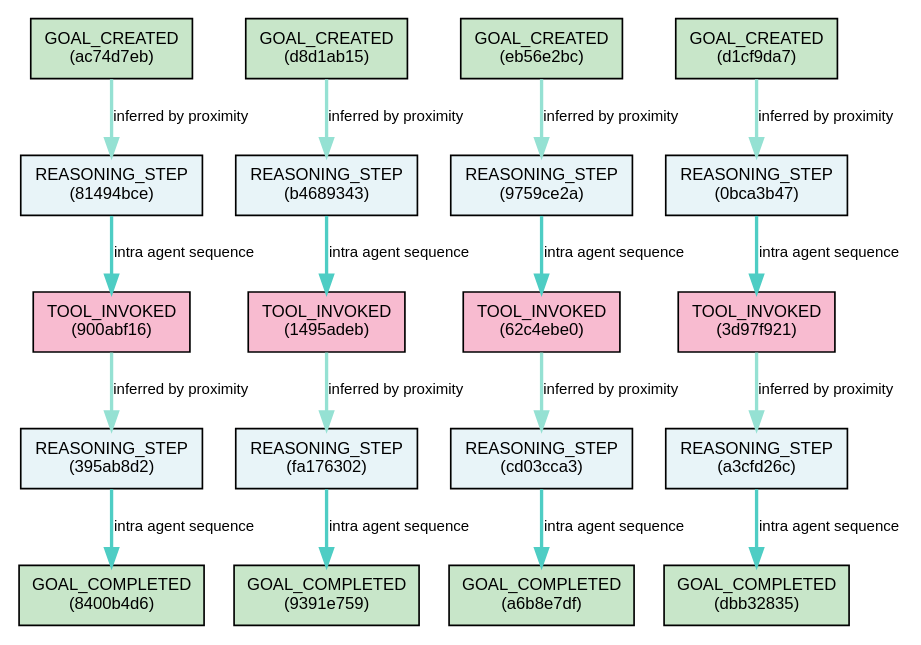
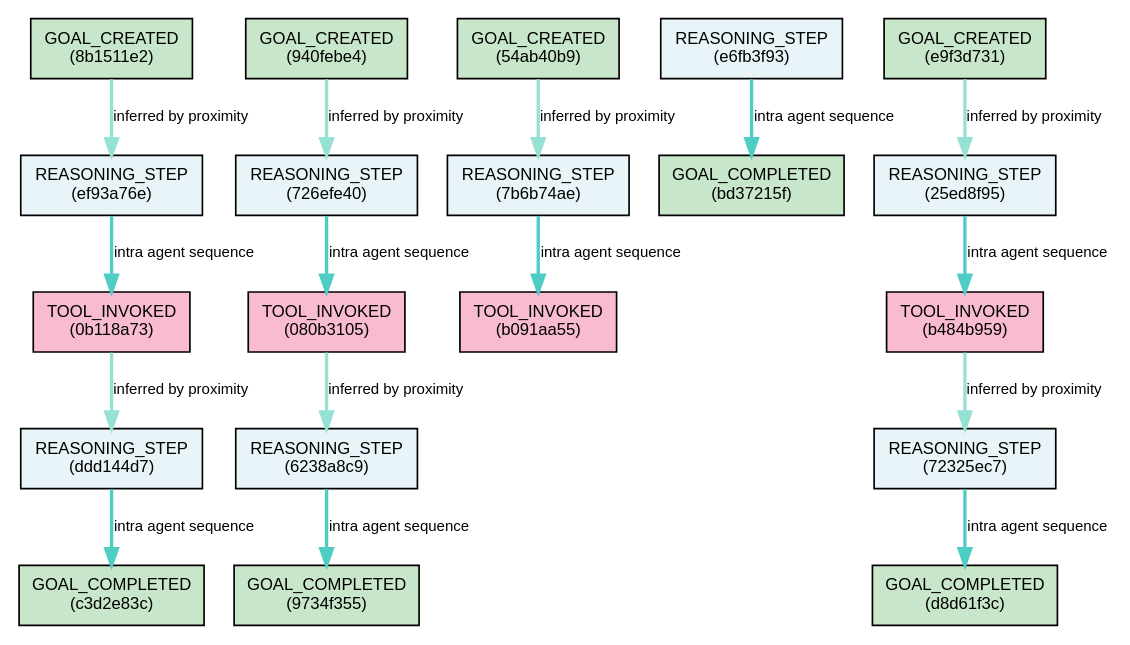
Before and after one commit to miltzhaw/langraph_playground: the diagram in research_paper_analysis.dot, drawn with Graphviz. The commit also changed 10 other files, not shown here.

```diff
--- a/research_paper_analysis.dot
+++ b/research_paper_analysis.dot
@@ -1,45 +1,44 @@
 
 digraph CausalDAG {
     rankdir=TB;
     bgcolor=white;
     node [shape=box, style=filled, fontname="Arial", fontsize=10];
     edge [fontname="Arial", fontsize=9];
     
-        "ac74d7eb-7ba5-4008-8077-1e7b6896df69" [label="GOAL_CREATED\n(ac74d7eb)", fillcolor="#C8E6C9"];
-    "81494bce-fdee-4aa3-841e-6cabde9e9180" [label="REASONING_STEP\n(81494bce)", fillcolor="#E8F4F8"];
-    "900abf16-7f31-4f7e-9a36-97405ecafb2f" [label="TOOL_INVOKED\n(900abf16)", fillcolor="#F8BBD0"];
-    "395ab8d2-baff-4e68-b1ec-54d06039318a" [label="REASONING_STEP\n(395ab8d2)", fillcolor="#E8F4F8"];
-    "8400b4d6-a584-4b2a-8e6e-ad5d42b47e41" [label="GOAL_COMPLETED\n(8400b4d6)", fillcolor="#C8E6C9"];
-    "d8d1ab15-c3ac-4303-bd50-6d0879b43fd1" [label="GOAL_CREATED\n(d8d1ab15)", fillcolor="#C8E6C9"];
-    "b4689343-f388-4394-b433-8cbb9c728236" [label="REASONING_STEP\n(b4689343)", fillcolor="#E8F4F8"];
-    "1495adeb-6841-42d3-81ee-56146bea5d27" [label="TOOL_INVOKED\n(1495adeb)", fillcolor="#F8BBD0"];
-    "fa176302-83cd-43d8-9b82-8e0c59c8c5c5" [label="REASONING_STEP\n(fa176302)", fillcolor="#E8F4F8"];
-    "9391e759-0c22-4bf3-b394-8a1bc5777a7e" [label="GOAL_COMPLETED\n(9391e759)", fillcolor="#C8E6C9"];
-    "eb56e2bc-adaa-403c-8348-277f9ea475ec" [label="GOAL_CREATED\n(eb56e2bc)", fillcolor="#C8E6C9"];
-    "9759ce2a-9110-417d-a6e7-521a4509faac" [label="REASONING_STEP\n(9759ce2a)", fillcolor="#E8F4F8"];
-    "62c4ebe0-63e8-4918-aaf6-74591355904e" [label="TOOL_INVOKED\n(62c4ebe0)", fillcolor="#F8BBD0"];
-    "cd03cca3-b562-449c-82fd-1bec2d7d41b9" [label="REASONING_STEP\n(cd03cca3)", fillcolor="#E8F4F8"];
-    "a6b8e7df-ab14-4b20-96a0-33a58a71cacd" [label="GOAL_COMPLETED\n(a6b8e7df)", fillcolor="#C8E6C9"];
-    "d1cf9da7-83d8-4846-9e21-4c4604ec5cd5" [label="GOAL_CREATED\n(d1cf9da7)", fillcolor="#C8E6C9"];
-    "0bca3b47-de09-48e3-af61-b161a7ebfd22" [label="REASONING_STEP\n(0bca3b47)", fillcolor="#E8F4F8"];
-    "3d97f921-fd50-4f7c-a865-bccf7f6973cd" [label="TOOL_INVOKED\n(3d97f921)", fillcolor="#F8BBD0"];
-    "a3cfd26c-9d93-43d3-9c48-566d7080c530" [label="REASONING_STEP\n(a3cfd26c)", fillcolor="#E8F4F8"];
-    "dbb32835-6d56-44dc-a451-a626e6ec109f" [label="GOAL_COMPLETED\n(dbb32835)", fillcolor="#C8E6C9"];
+        "8b1511e2-d709-478a-b137-f32306f0f78a" [label="GOAL_CREATED\n(8b1511e2)", fillcolor="#C8E6C9"];
+    "ef93a76e-a5a4-4da8-b226-2117e2b9633b" [label="REASONING_STEP\n(ef93a76e)", fillcolor="#E8F4F8"];
+    "0b118a73-cdd5-42d7-86b5-7cc6a951036b" [label="TOOL_INVOKED\n(0b118a73)", fillcolor="#F8BBD0"];
+    "ddd144d7-af34-4ef7-b458-e7fb1024b282" [label="REASONING_STEP\n(ddd144d7)", fillcolor="#E8F4F8"];
+    "c3d2e83c-2612-4963-bd6b-677b8eb98671" [label="GOAL_COMPLETED\n(c3d2e83c)", fillcolor="#C8E6C9"];
+    "940febe4-fd80-47b7-ae9d-14137e52acc4" [label="GOAL_CREATED\n(940febe4)", fillcolor="#C8E6C9"];
+    "726efe40-9a20-4125-aae2-88480f9d6511" [label="REASONING_STEP\n(726efe40)", fillcolor="#E8F4F8"];
+    "080b3105-5fe1-4319-b23d-7ce0669feec8" [label="TOOL_INVOKED\n(080b3105)", fillcolor="#F8BBD0"];
+    "6238a8c9-5829-42db-8e59-247e6239277a" [label="REASONING_STEP\n(6238a8c9)", fillcolor="#E8F4F8"];
+    "9734f355-8358-4ac2-83c1-31f2c7705c78" [label="GOAL_COMPLETED\n(9734f355)", fillcolor="#C8E6C9"];
+    "54ab40b9-099d-4660-9b03-d902b8eec90f" [label="GOAL_CREATED\n(54ab40b9)", fillcolor="#C8E6C9"];
+    "7b6b74ae-bfdb-4f9c-b8e3-95c526e762fa" [label="REASONING_STEP\n(7b6b74ae)", fillcolor="#E8F4F8"];
+    "b091aa55-35c3-4a74-9fd1-9986861abc07" [label="TOOL_INVOKED\n(b091aa55)", fillcolor="#F8BBD0"];
+    "e6fb3f93-c7ef-4f08-b728-d59558f86aac" [label="REASONING_STEP\n(e6fb3f93)", fillcolor="#E8F4F8"];
+    "bd37215f-ca00-4152-bbb9-407ca4abac44" [label="GOAL_COMPLETED\n(bd37215f)", fillcolor="#C8E6C9"];
+    "e9f3d731-8dd7-40a6-95b5-f9d15278c60b" [label="GOAL_CREATED\n(e9f3d731)", fillcolor="#C8E6C9"];
+    "25ed8f95-6477-4e30-8c86-876065aeb880" [label="REASONING_STEP\n(25ed8f95)", fillcolor="#E8F4F8"];
+    "b484b959-17f6-488f-b4af-1dc20ef4040a" [label="TOOL_INVOKED\n(b484b959)", fillcolor="#F8BBD0"];
+    "72325ec7-86be-4bf1-b1a4-cf7cb0a9c63c" [label="REASONING_STEP\n(72325ec7)", fillcolor="#E8F4F8"];
+    "d8d61f3c-5e9c-4b91-bd18-453f4445ebc1" [label="GOAL_COMPLETED\n(d8d61f3c)", fillcolor="#C8E6C9"];
     
-        "d1cf9da7-83d8-4846-9e21-4c4604ec5cd5" -> "0bca3b47-de09-48e3-af61-b161a7ebfd22" [label="inferred by proximity", color="#95E1D3", penwidth=2.0];
-    "1495adeb-6841-42d3-81ee-56146bea5d27" -> "fa176302-83cd-43d8-9b82-8e0c59c8c5c5" [label="inferred by proximity", color="#95E1D3", penwidth=2.0];
-    "eb56e2bc-adaa-403c-8348-277f9ea475ec" -> "9759ce2a-9110-417d-a6e7-521a4509faac" [label="inferred by proximity", color="#95E1D3", penwidth=2.0];
-    "d8d1ab15-c3ac-4303-bd50-6d0879b43fd1" -> "b4689343-f388-4394-b433-8cbb9c728236" [label="inferred by proximity", color="#95E1D3", penwidth=2.0];
-    "cd03cca3-b562-449c-82fd-1bec2d7d41b9" -> "a6b8e7df-ab14-4b20-96a0-33a58a71cacd" [label="intra agent sequence", color="#4ECDC4", penwidth=2.0];
-    "0bca3b47-de09-48e3-af61-b161a7ebfd22" -> "3d97f921-fd50-4f7c-a865-bccf7f6973cd" [label="intra agent sequence", color="#4ECDC4", penwidth=2.0];
-    "395ab8d2-baff-4e68-b1ec-54d06039318a" -> "8400b4d6-a584-4b2a-8e6e-ad5d42b47e41" [label="intra agent sequence", color="#4ECDC4", penwidth=2.0];
-    "b4689343-f388-4394-b433-8cbb9c728236" -> "1495adeb-6841-42d3-81ee-56146bea5d27" [label="intra agent sequence", color="#4ECDC4", penwidth=2.0];
-    "900abf16-7f31-4f7e-9a36-97405ecafb2f" -> "395ab8d2-baff-4e68-b1ec-54d06039318a" [label="inferred by proximity", color="#95E1D3", penwidth=2.0];
-    "ac74d7eb-7ba5-4008-8077-1e7b6896df69" -> "81494bce-fdee-4aa3-841e-6cabde9e9180" [label="inferred by proximity", color="#95E1D3", penwidth=2.0];
-    "81494bce-fdee-4aa3-841e-6cabde9e9180" -> "900abf16-7f31-4f7e-9a36-97405ecafb2f" [label="intra agent sequence", color="#4ECDC4", penwidth=2.0];
-    "fa176302-83cd-43d8-9b82-8e0c59c8c5c5" -> "9391e759-0c22-4bf3-b394-8a1bc5777a7e" [label="intra agent sequence", color="#4ECDC4", penwidth=2.0];
-    "9759ce2a-9110-417d-a6e7-521a4509faac" -> "62c4ebe0-63e8-4918-aaf6-74591355904e" [label="intra agent sequence", color="#4ECDC4", penwidth=2.0];
-    "3d97f921-fd50-4f7c-a865-bccf7f6973cd" -> "a3cfd26c-9d93-43d3-9c48-566d7080c530" [label="inferred by proximity", color="#95E1D3", penwidth=2.0];
-    "a3cfd26c-9d93-43d3-9c48-566d7080c530" -> "dbb32835-6d56-44dc-a451-a626e6ec109f" [label="intra agent sequence", color="#4ECDC4", penwidth=2.0];
-    "62c4ebe0-63e8-4918-aaf6-74591355904e" -> "cd03cca3-b562-449c-82fd-1bec2d7d41b9" [label="inferred by proximity", color="#95E1D3", penwidth=2.0];
+        "ddd144d7-af34-4ef7-b458-e7fb1024b282" -> "c3d2e83c-2612-4963-bd6b-677b8eb98671" [label="intra agent sequence", color="#4ECDC4", penwidth=2.0];
+    "080b3105-5fe1-4319-b23d-7ce0669feec8" -> "6238a8c9-5829-42db-8e59-247e6239277a" [label="inferred by proximity", color="#95E1D3", penwidth=2.0];
+    "6238a8c9-5829-42db-8e59-247e6239277a" -> "9734f355-8358-4ac2-83c1-31f2c7705c78" [label="intra agent sequence", color="#4ECDC4", penwidth=2.0];
+    "726efe40-9a20-4125-aae2-88480f9d6511" -> "080b3105-5fe1-4319-b23d-7ce0669feec8" [label="intra agent sequence", color="#4ECDC4", penwidth=2.0];
+    "8b1511e2-d709-478a-b137-f32306f0f78a" -> "ef93a76e-a5a4-4da8-b226-2117e2b9633b" [label="inferred by proximity", color="#95E1D3", penwidth=2.0];
+    "940febe4-fd80-47b7-ae9d-14137e52acc4" -> "726efe40-9a20-4125-aae2-88480f9d6511" [label="inferred by proximity", color="#95E1D3", penwidth=2.0];
+    "54ab40b9-099d-4660-9b03-d902b8eec90f" -> "7b6b74ae-bfdb-4f9c-b8e3-95c526e762fa" [label="inferred by proximity", color="#95E1D3", penwidth=2.0];
+    "b484b959-17f6-488f-b4af-1dc20ef4040a" -> "72325ec7-86be-4bf1-b1a4-cf7cb0a9c63c" [label="inferred by proximity", color="#95E1D3", penwidth=2.0];
+    "25ed8f95-6477-4e30-8c86-876065aeb880" -> "b484b959-17f6-488f-b4af-1dc20ef4040a" [label="intra agent sequence", color="#4ECDC4", penwidth=2.0];
+    "0b118a73-cdd5-42d7-86b5-7cc6a951036b" -> "ddd144d7-af34-4ef7-b458-e7fb1024b282" [label="inferred by proximity", color="#95E1D3", penwidth=2.0];
+    "e9f3d731-8dd7-40a6-95b5-f9d15278c60b" -> "25ed8f95-6477-4e30-8c86-876065aeb880" [label="inferred by proximity", color="#95E1D3", penwidth=2.0];
+    "7b6b74ae-bfdb-4f9c-b8e3-95c526e762fa" -> "b091aa55-35c3-4a74-9fd1-9986861abc07" [label="intra agent sequence", color="#4ECDC4", penwidth=2.0];
+    "72325ec7-86be-4bf1-b1a4-cf7cb0a9c63c" -> "d8d61f3c-5e9c-4b91-bd18-453f4445ebc1" [label="intra agent sequence", color="#4ECDC4", penwidth=2.0];
+    "e6fb3f93-c7ef-4f08-b728-d59558f86aac" -> "bd37215f-ca00-4152-bbb9-407ca4abac44" [label="intra agent sequence", color="#4ECDC4", penwidth=2.0];
+    "ef93a76e-a5a4-4da8-b226-2117e2b9633b" -> "0b118a73-cdd5-42d7-86b5-7cc6a951036b" [label="intra agent sequence", color="#4ECDC4", penwidth=2.0];
 }
```
